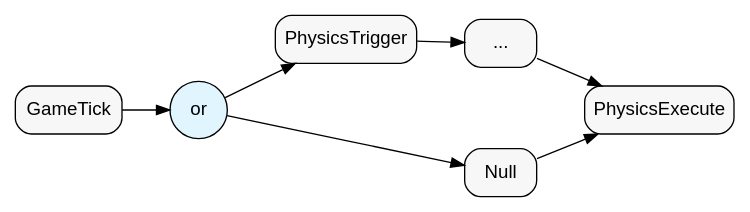
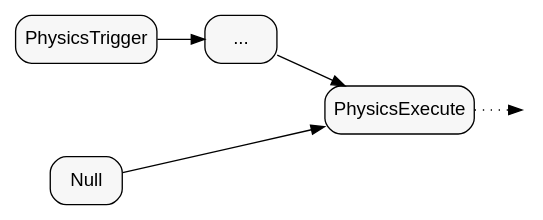
One commit to Pancakey8/blog changed the fifth of 5 diagrams in posts/event-centric-games/Games-as-Graphs.org. Above: the diagram before and after it, drawn with Graphviz. The commit also changed other lines of this file and 3 other files, not shown here.

```diff
--- a/posts/event-centric-games/Games-as-Graphs.org
+++ b/posts/event-centric-games/Games-as-Graphs.org
@@ -343,19 +306,20 @@
 #+BEGIN_SRC dot :file games-as-graphs-fanin.svg :exports results
   digraph G {
       rankdir=LR;
       fontname="Arial";
       nodesep=0.8;
 
       node [shape=circle, style="rounded,filled", width=0.6, fixedsize=true, fillcolor="#e1f5fe", fontname="Arial"];
-      or [label="or"];
 
       node [shape=box, fillcolor="#f7f7f7", width=default, fixedsize=false];
-      GameTick -> or;
-      or -> PhysicsTrigger;
-      or -> Null;
       PhysicsTrigger -> Dots;
       Dots [label="..."];
       Dots -> PhysicsExecute;
       Null -> PhysicsExecute;
+      PhysicsExecute -> End [style=dotted];
+
+      End [shape=point, style=invis];
+
+      subgraph inputs { rank=same; PhysicsTrigger; Null; }
   }
 #+END_SRC
```
